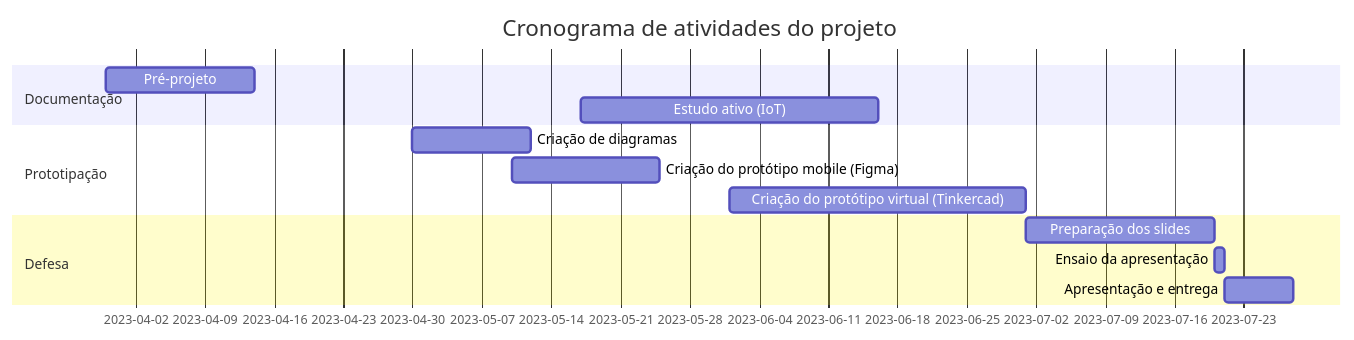
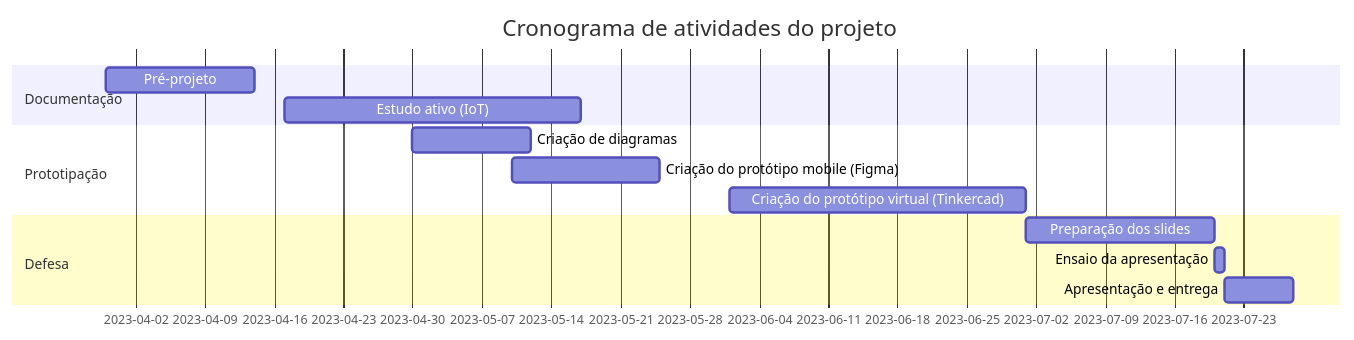
Before and after one commit to AgathaSena/Projeto-Integrador-II: the diagram in README.md, drawn with Mermaid.

Commit message:
fix: estudo ativo

````diff
--- a/README.md
+++ b/README.md
@@ -6,16 +6,16 @@
  ```mermaid
     gantt
     title Cronograma de atividades do projeto
     dateFormat  YYYY-MM-DD
     section Documentação
     Pré-projeto     :a1,  2023-03-30, 15d
-    Estudo ativo (IoT)  :a2, 2023-05-17, 30d
+    Estudo ativo (IoT)  :a2, 2023-04-17, 30d
     section Prototipação
     Criação de diagramas     :       c1,  2023-04-30, 12d
     Criação do protótipo mobile (Figma)      :c2,    2023-05-10, 15d
     Criação do protótipo virtual (Tinkercad)      :c3,    2023-06-01, 30d
     section Defesa
     Preparação dos slides :p1, after c3, 19d
     Ensaio da apresentação :p2, after p1, 01d
     Apresentação e entrega  :p3, after p2, 07d
 ``` 
````
